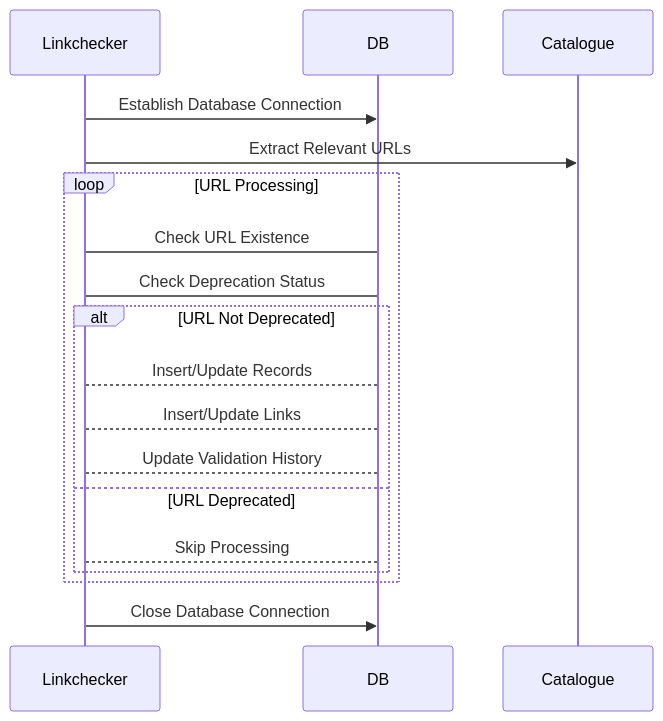
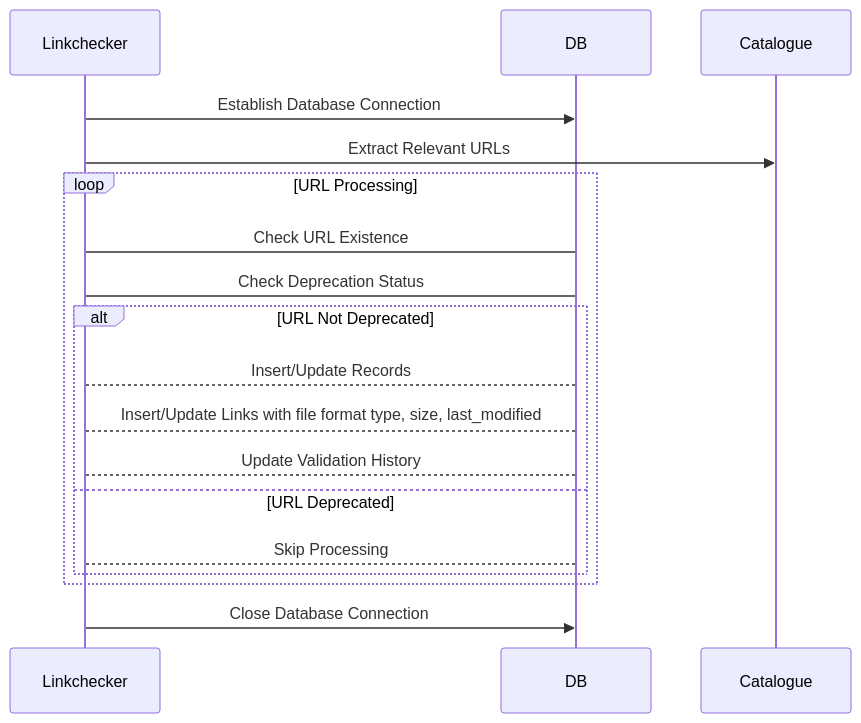
One commit to soilwise-he/link-liveliness-assessment changed the second of 3 diagrams in docs/design.md. Above: the diagram before and after it, drawn with Mermaid. The commit also changed other lines of this file, not shown here.

````diff
--- a/docs/design.md
+++ b/docs/design.md
@@ -100,25 +101,25 @@
 ```mermaid
 sequenceDiagram
     participant Linkchecker
     participant DB
     participant Catalogue
     
     Linkchecker->>DB: Establish Database Connection
     Linkchecker->>Catalogue: Extract Relevant URLs
     
     loop URL Processing
         Linkchecker->DB: Check URL Existence
         Linkchecker->DB: Check Deprecation Status
         
         alt URL Not Deprecated
             Linkchecker-->DB: Insert/Update Records
-            Linkchecker-->DB: Insert/Update Links
+            Linkchecker-->DB: Insert/Update Links with file format type, size, last_modified
             Linkchecker-->DB: Update Validation History
         else URL Deprecated
             Linkchecker-->DB: Skip Processing
         end
     end
     
     Linkchecker->>DB: Close Database Connection
 
 ```
````
